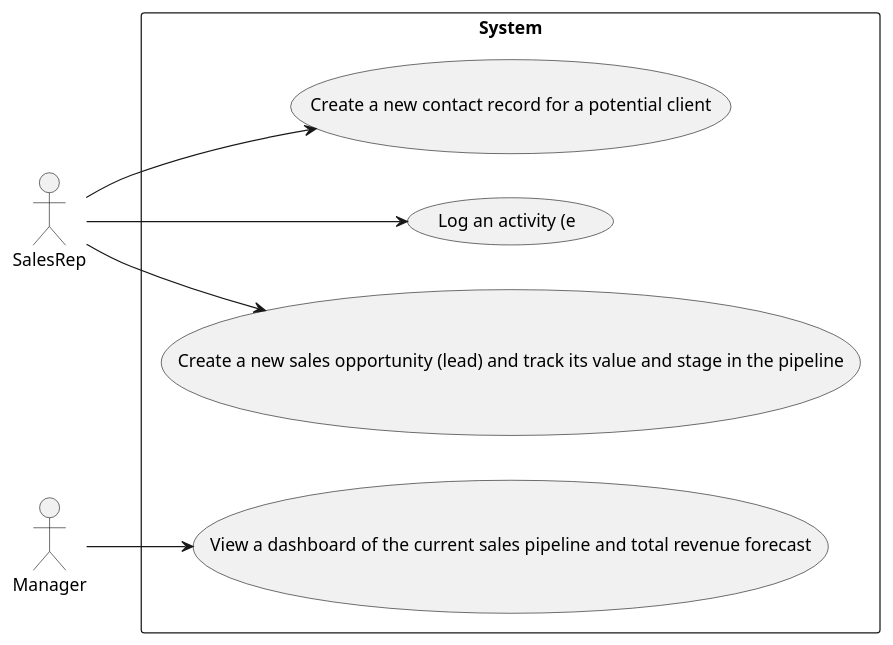
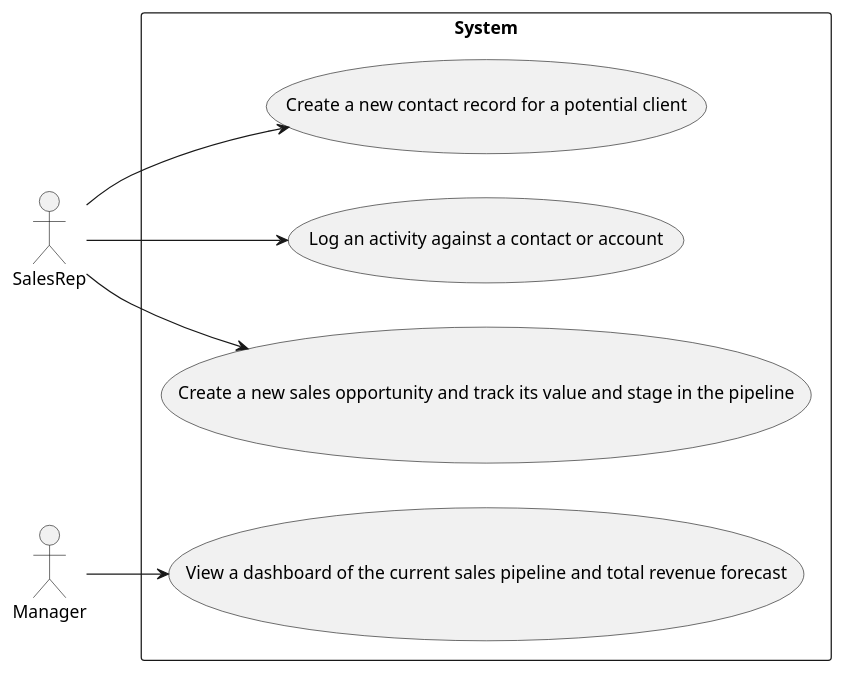
One commit to qamaruddin-qureshi/fyp-uml-diagram-generator changed the diagram in user_stories/golden_puml/use_case/use_case_test_CRM_System.puml. Above: the diagram before and after it, drawn with PlantUML. The commit also changed 6 other files, not shown here.

First line of the commit message:
fix: refined Use Case diagram extraction logic

```diff
--- a/user_stories/golden_puml/use_case/use_case_test_CRM_System.puml
+++ b/user_stories/golden_puml/use_case/use_case_test_CRM_System.puml
@@ -1,15 +1,15 @@
 @startuml
 left to right direction
 actor "SalesRep" as SalesRep
 actor "Manager" as Manager
 rectangle System {
 usecase "Create a new contact record for a potential client" as Createanewcontactrecordforapotentialclient
-usecase "Log an activity (e" as Loganactivitye
-usecase "Create a new sales opportunity (lead) and track its value and stage in the pipeline" as Createanewsalesopportunityleadandtrackitsvalueandstageinthepipeline
+usecase "Log an activity against a contact or account" as Loganactivityagainstacontactoraccount
+usecase "Create a new sales opportunity and track its value and stage in the pipeline" as Createanewsalesopportunityandtrackitsvalueandstageinthepipeline
 usecase "View a dashboard of the current sales pipeline and total revenue forecast" as Viewadashboardofthecurrentsalespipelineandtotalrevenueforecast
 }
 SalesRep --> Createanewcontactrecordforapotentialclient
-SalesRep --> Loganactivitye
-SalesRep --> Createanewsalesopportunityleadandtrackitsvalueandstageinthepipeline
+SalesRep --> Loganactivityagainstacontactoraccount
+SalesRep --> Createanewsalesopportunityandtrackitsvalueandstageinthepipeline
 Manager --> Viewadashboardofthecurrentsalespipelineandtotalrevenueforecast
 @enduml
```
